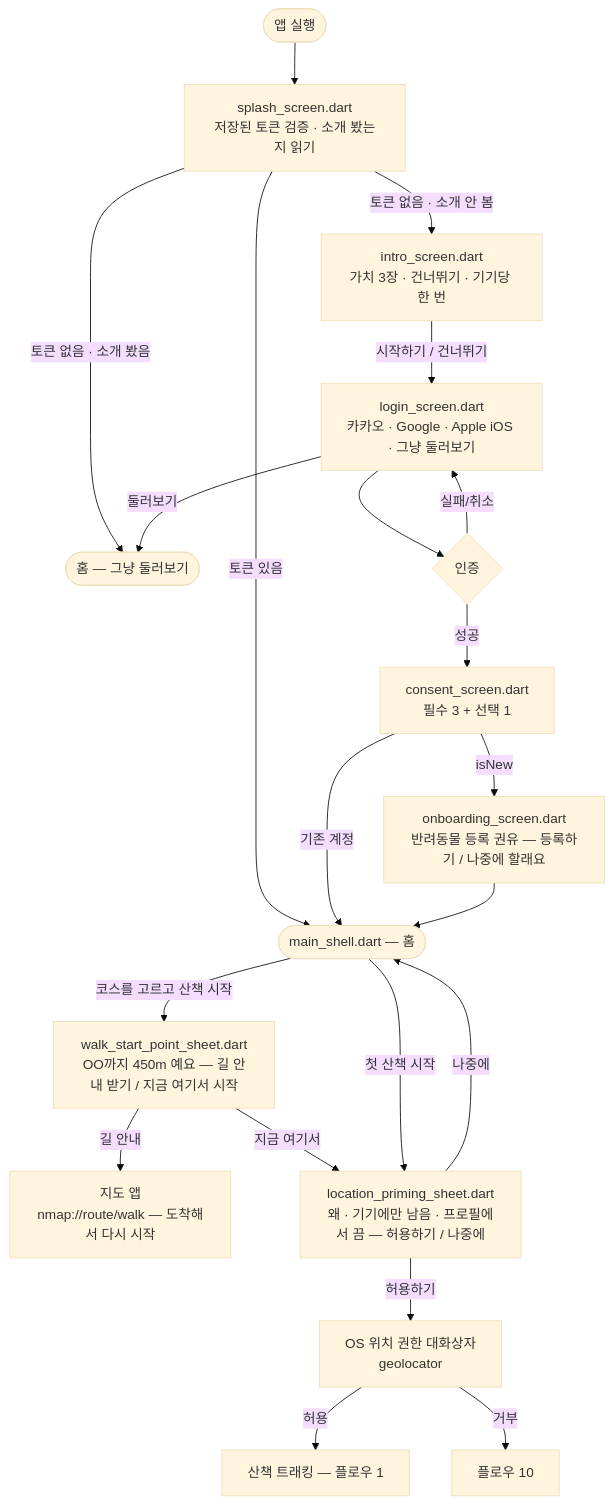
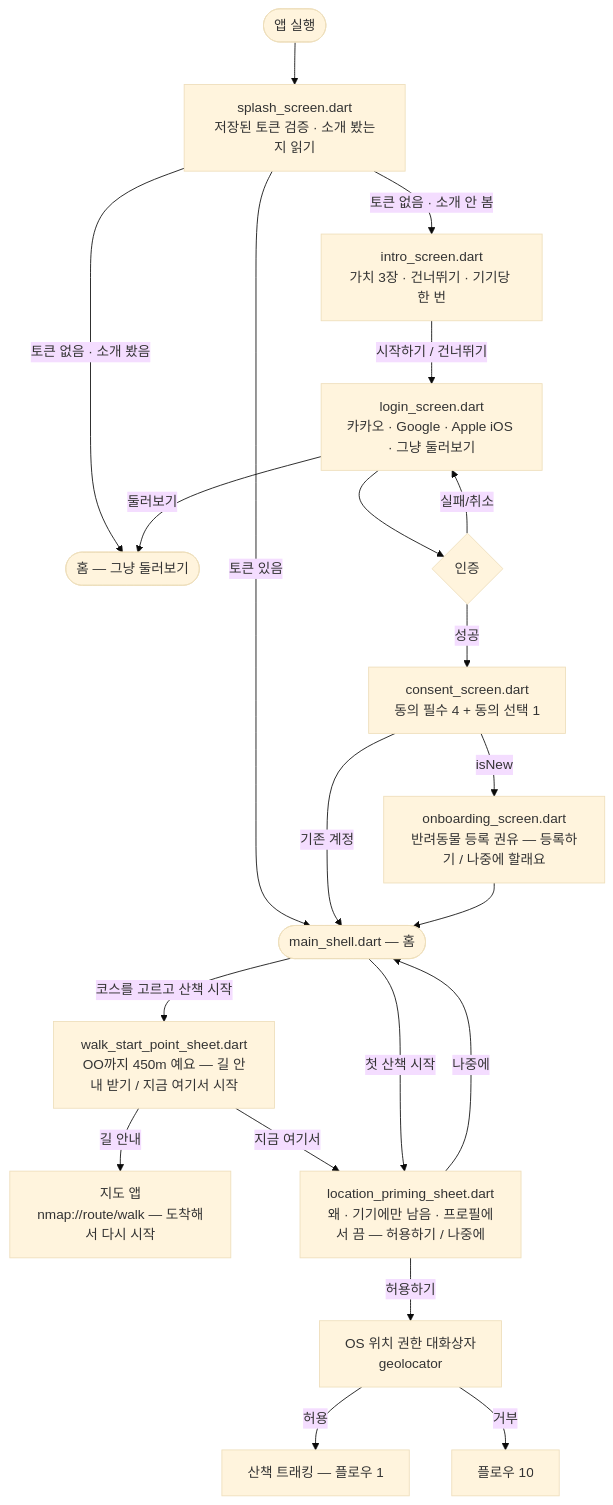
The fourth of 15 diagrams in docs/01-design/user-flows.md (sanghyunbang/pawloop), drawn with Mermaid (base theme) before and after one commit. The commit also changed other lines of this file and 6 other files, not shown here.

````diff
--- a/docs/01-design/user-flows.md
+++ b/docs/01-design/user-flows.md
@@ -179,23 +179,23 @@
 ```mermaid
 flowchart TD
     A([앱 실행]) --> S[splash_screen.dart<br/>저장된 토큰 검증 · 소개 봤는지 읽기]
     S -->|토큰 있음| H([main_shell.dart — 홈])
     S -->|토큰 없음 · 소개 안 봄| I[intro_screen.dart<br/>가치 3장 · 건너뛰기 · 기기당 한 번]
     S -->|토큰 없음 · 소개 봤음| G([홈 — 그냥 둘러보기])
     I -->|시작하기 / 건너뛰기| D[login_screen.dart<br/>카카오 · Google · Apple iOS · 그냥 둘러보기]
     D -->|둘러보기| G
     D --> D1{인증}
     D1 -->|실패/취소| D
-    D1 -->|성공| C[consent_screen.dart<br/>필수 3 + 선택 1]
+    D1 -->|성공| C[consent_screen.dart<br/>동의 필수 4 + 동의 선택 1]
     C -->|isNew| E[onboarding_screen.dart<br/>반려동물 등록 권유 — 등록하기 / 나중에 할래요]
     C -->|기존 계정| H
     E --> H
     H -->|코스를 고르고 산책 시작| WS[walk_start_point_sheet.dart<br/>OO까지 450m 예요 — 길 안내 받기 / 지금 여기서 시작]
     WS -->|길 안내| MAP[지도 앱<br/>nmap://route/walk — 도착해서 다시 시작]
     WS -->|지금 여기서| LP
     H -->|첫 산책 시작| LP[location_priming_sheet.dart<br/>왜 · 기기에만 남음 · 프로필에서 끔 — 허용하기 / 나중에]
     LP -->|허용하기| F[OS 위치 권한 대화상자<br/>geolocator]
     LP -->|나중에| H
     F -->|허용| T[산책 트래킹 — 플로우 1]
     F -->|거부| T2[플로우 10]
 ```
````
